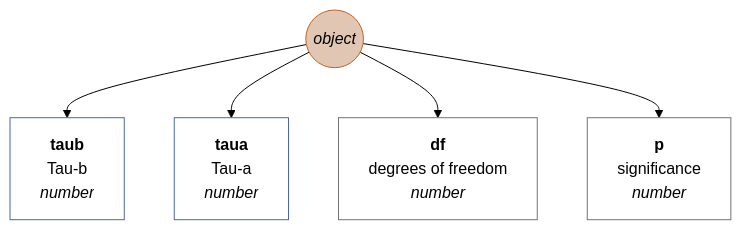
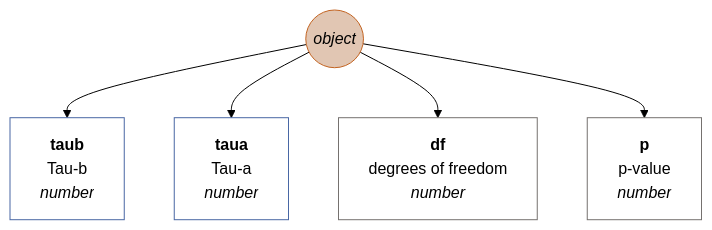
Diagram 29 of 38 in docs/en-GB.md (muzikp/retusa), drawn with Mermaid (forest theme) before and after one commit. The commit also changed other lines of this file and 8 other files, not shown here.

````diff
--- a/docs/en-GB.md
+++ b/docs/en-GB.md
@@ -1057,19 +1057,19 @@
 ```mermaid
 graph TD
 correlKendall((<i>object</i>))
 style correlKendall fill:#E1C6B3;
 style correlKendall stroke:#C36422;
 correlKendall --> taub[<b>taub</b><br>Tau-b <br><i>number</i>]
 style taub fill:#FFFFFF;
 style taub stroke:#4967A4;
 correlKendall --> taua[<b>taua</b><br>Tau-a <br><i>number</i>]
 style taua fill:#FFFFFF;
 style taua stroke:#4967A4;
 correlKendall --> df[<b>df</b><br>degrees of freedom <br><i>number</i>]
 style df fill:#FFFFFF;
 style df stroke:#75716F;
-correlKendall --> p[<b>p</b><br>significance <br><i>number</i>]
+correlKendall --> p[<b>p</b><br>p-value <br><i>number</i>]
 style p fill:#FFFFFF;
 style p stroke:#75716F;
 
 ```
````
